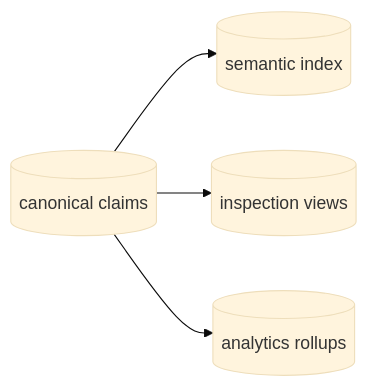
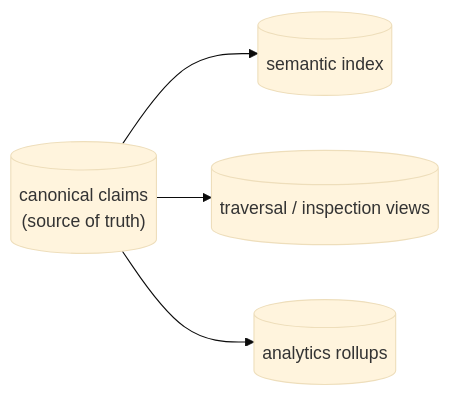
The first of 2 diagrams in docs/context-graph/vision.md (potpie-ai/potpie), drawn with Mermaid (base theme) before and after one commit. The commit also changed other lines of this file and 15 other files, not shown here.

First line of the commit message:
Refresh Context Graph docs (#962)

````diff
--- a/docs/context-graph/vision.md
+++ b/docs/context-graph/vision.md
@@ -96,11 +45,11 @@
 ```mermaid
 flowchart LR
-  cg_claims[("canonical claims")]
+  cg_claims[("canonical claims<br/>(source of truth)")]
   cg_semantic[("semantic index")]
-  cg_inspection[("inspection views")]
+  cg_inspection[("traversal / inspection views")]
   cg_analytics[("analytics rollups")]
 
   cg_claims --> cg_semantic
   cg_claims --> cg_inspection
   cg_claims --> cg_analytics
 ```
````
